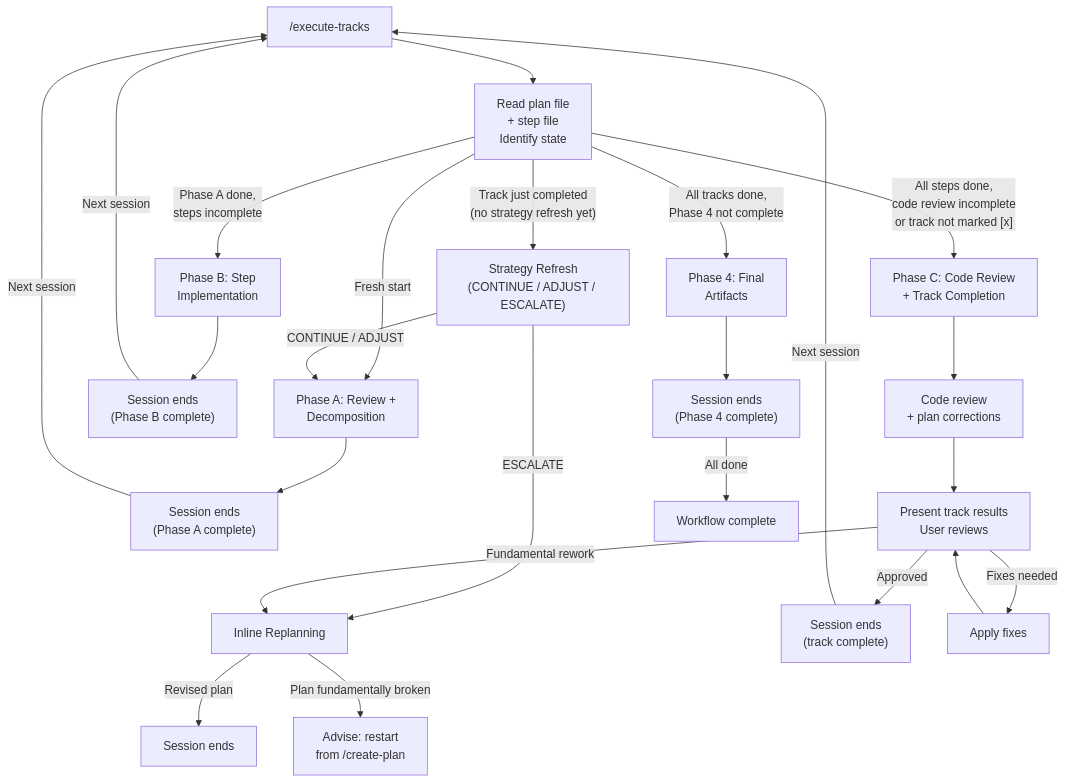
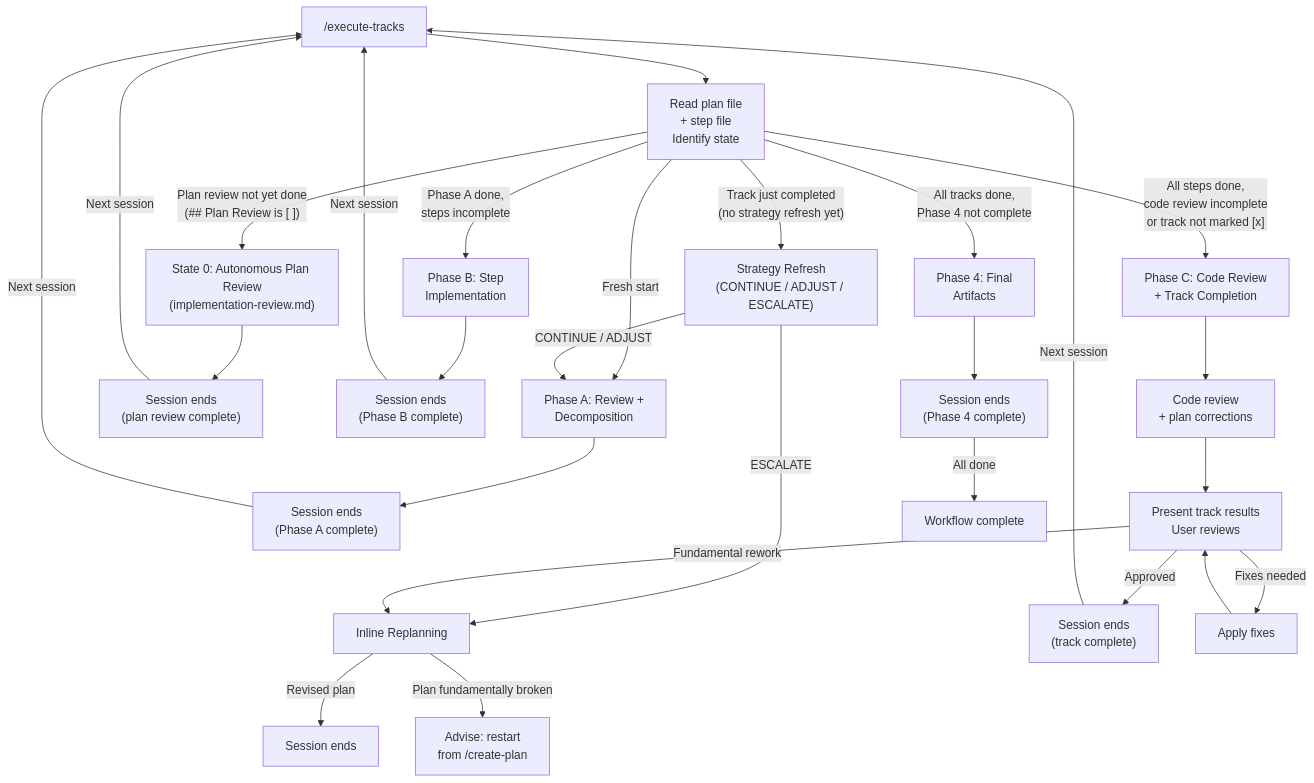
The diagram in .claude/workflow/workflow.md (JetBrains/youtrackdb), drawn with Mermaid before and after one commit. The commit also changed other lines of this file and 12 other files, not shown here.

````diff
--- a/.claude/workflow/workflow.md
+++ b/.claude/workflow/workflow.md
@@ -63,35 +69,38 @@
 ```mermaid
 flowchart TD
     START["/execute-tracks"]
     READ["Read plan file\n+ step file\nIdentify state"]
 
     START --> READ
 
+    READ -->|"Plan review not yet done\n(## Plan Review is [ ])"| P2["State 0: Autonomous Plan Review\n(implementation-review.md)"]
     READ -->|"Track just completed\n(no strategy refresh yet)"| SR["Strategy Refresh\n(CONTINUE / ADJUST / ESCALATE)"]
     READ -->|"Fresh start"| PA["Phase A: Review +\nDecomposition"]
     READ -->|"Phase A done,\nsteps incomplete"| PB["Phase B: Step\nImplementation"]
     READ -->|"All steps done,\ncode review incomplete\nor track not marked [x]"| PC["Phase C: Code Review\n+ Track Completion"]
     READ -->|"All tracks done,\nPhase 4 not complete"| P4["Phase 4: Final\nArtifacts"]
 
+    P2 --> END_P2["Session ends\n(plan review complete)"]
     SR -->|CONTINUE / ADJUST| PA
     SR -->|ESCALATE| REPLAN["Inline Replanning"]
 
     REPLAN -->|"Revised plan"| END_S["Session ends"]
     REPLAN -->|"Plan fundamentally broken"| EXIT_P1["Advise: restart\nfrom /create-plan"]
 
     PA --> END_A["Session ends\n(Phase A complete)"]
     PB --> END_B["Session ends\n(Phase B complete)"]
 
     PC --> REVIEW["Code review\n+ plan corrections"]
     REVIEW --> PRESENT["Present track results\nUser reviews"]
     PRESENT -->|Approved| END_TRACK["Session ends\n(track complete)"]
     PRESENT -->|"Fixes needed"| FIX["Apply fixes"] --> PRESENT
     PRESENT -->|"Fundamental rework"| REPLAN
 
     P4 --> END_P4["Session ends\n(Phase 4 complete)"]
 
+    END_P2 -->|"Next session"| START
     END_A -->|"Next session"| START
     END_B -->|"Next session"| START
     END_TRACK -->|"Next session"| START
     END_P4 -->|"All done"| DONE["Workflow complete"]
 ```
````
